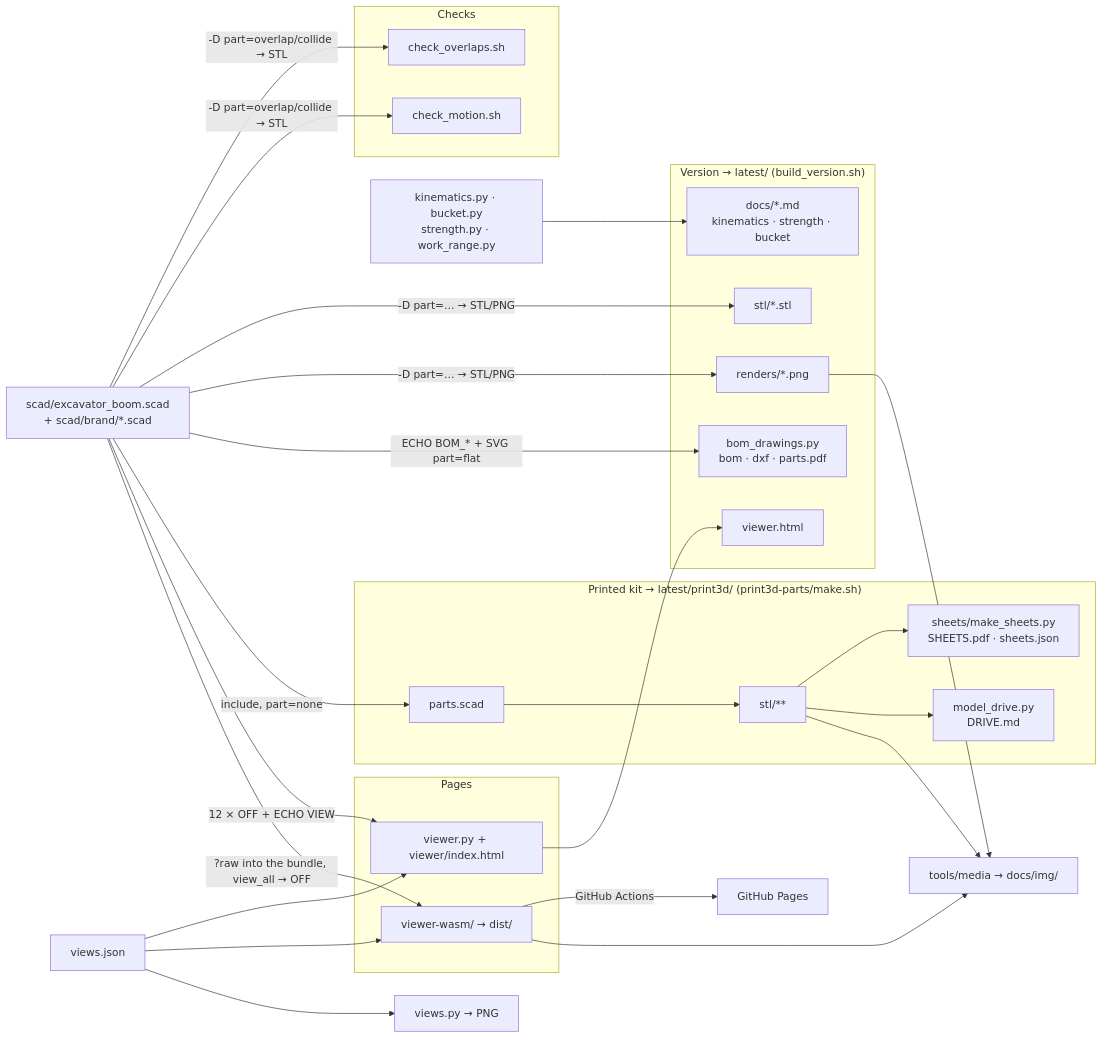
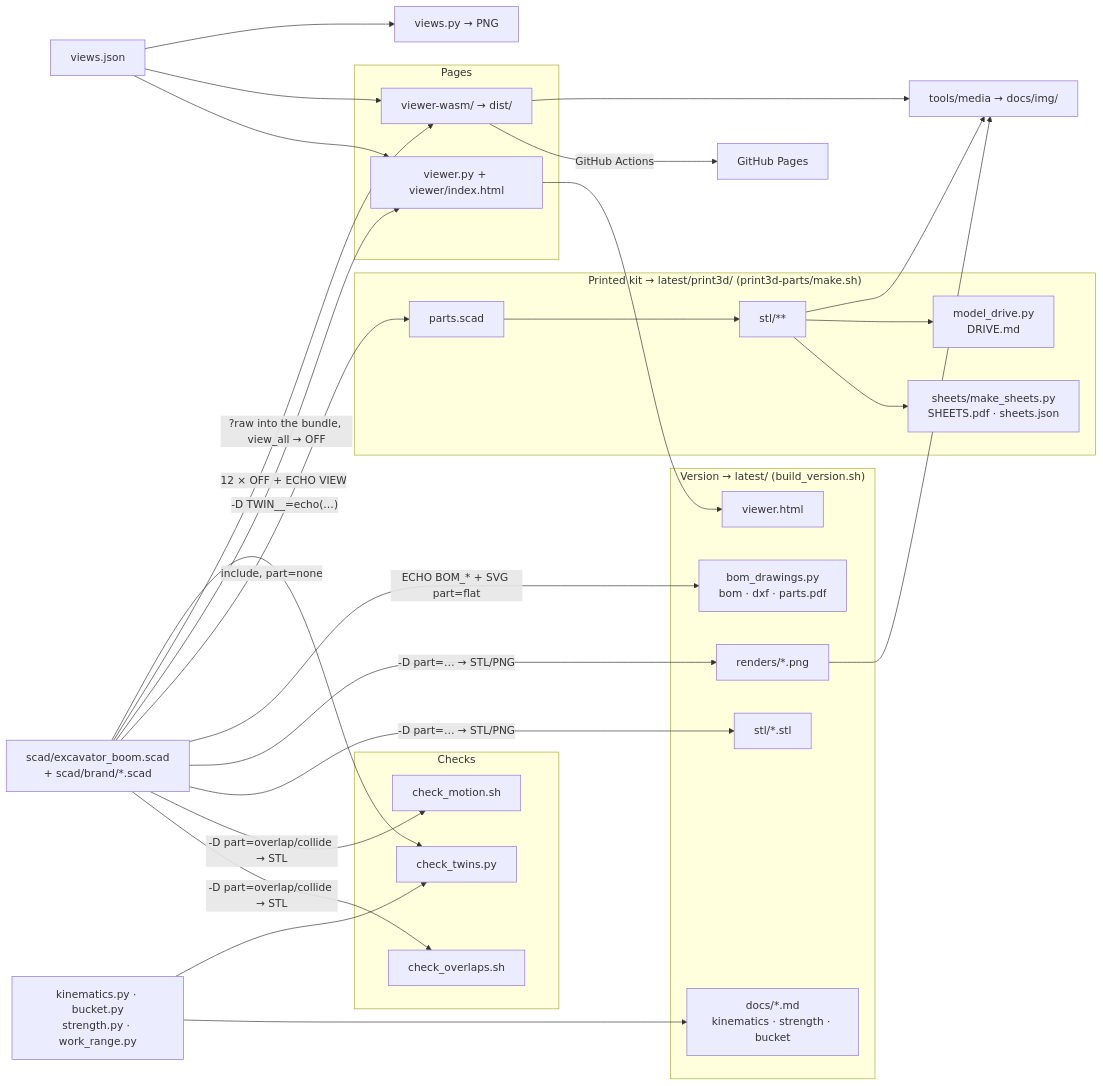
Before and after one commit to ibitlab/pub-excavator-openscad: the diagram in docs/ARCHITECTURE.md, drawn with Mermaid. The commit also changed other lines of this file and 47 other files, not shown here.

First line of the commit message:
Twin check, page docs in web/README, linters, stable README drawing images

````diff
--- a/docs/ARCHITECTURE.md
+++ b/docs/ARCHITECTURE.md
@@ -29,36 +29,39 @@
 ```mermaid
 flowchart LR
   SCAD["scad/excavator_boom.scad<br/>+ scad/brand/*.scad"]
   subgraph Checks
     OV[check_overlaps.sh]
     MO[check_motion.sh]
+    TW[check_twins.py]
   end
   subgraph "Version → latest/ (build_version.sh)"
     STL[stl/*.stl]
     PNG[renders/*.png]
     REP["docs/*.md<br/>kinematics · strength · bucket"]
     BOM["bom_drawings.py<br/>bom · dxf · parts.pdf"]
     VH[viewer.html]
   end
   subgraph "Printed kit → latest/print3d/ (print3d-parts/make.sh)"
     PS[parts.scad] --> PSTL[stl/**]
     PSTL --> SH["sheets/make_sheets.py<br/>SHEETS.pdf · sheets.json"]
     PSTL --> DR["model_drive.py<br/>DRIVE.md"]
   end
   subgraph Pages
     SRV[viewer.py + viewer/index.html]
     WASM[viewer-wasm/ → dist/]
   end
   SCAD -->|"-D part=overlap/collide → STL"| OV & MO
   SCAD -->|"-D part=… → STL/PNG"| STL & PNG
   SCAD -->|"ECHO BOM_* + SVG part=flat"| BOM
   SCAD -->|"include, part=none"| PS
   SCAD -->|"12 × OFF + ECHO VIEW"| SRV
   SCAD -->|"?raw into the bundle, view_all → OFF"| WASM
   PY["kinematics.py · bucket.py<br/>strength.py · work_range.py"] --> REP
+  SCAD -->|"-D TWIN__=echo(…)"| TW
+  PY --> TW
   VJ[views.json] --> SRV & WASM
   VJ --> VP[views.py → PNG]
   SRV --> VH
   WASM -->|"GitHub Actions"| PAGES[GitHub Pages]
   PNG & PSTL & WASM --> MEDIA["tools/media → docs/img/"]
 ```
````
